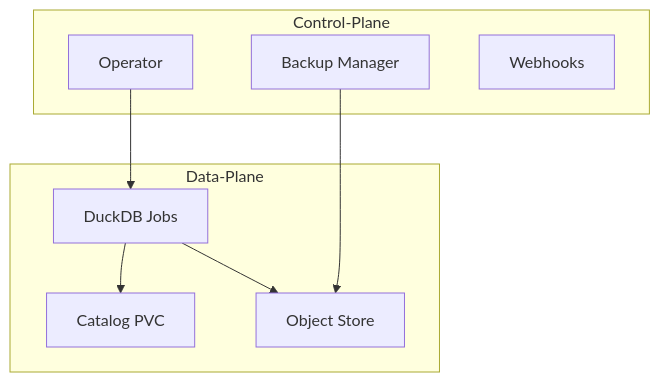
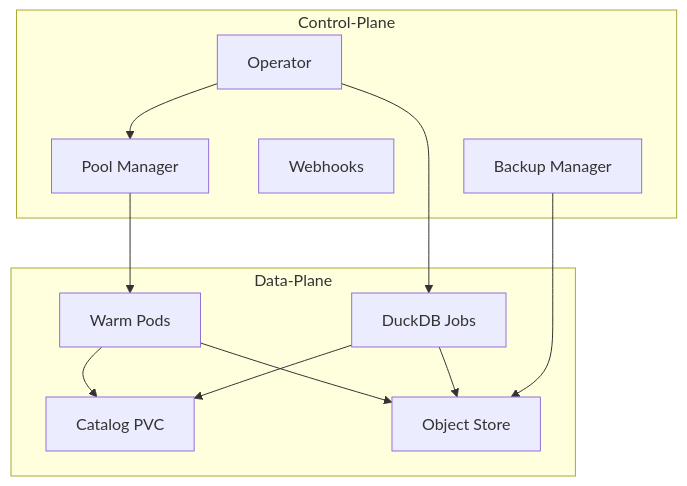
Before and after one commit to TFMV/featherman: the diagram in README.md, drawn with Mermaid. The commit also changed other lines of this file, not shown here.

Commit message:
Add warm pod pool documentation

````diff
--- a/README.md
+++ b/README.md
@@ -103,17 +104,23 @@
 ```mermaid
 graph TD
     subgraph Control-Plane
         OP[Operator]
         BM[Backup Manager]
         WH[Webhooks]
+        PM[Pool Manager]
     end
     subgraph Data-Plane
         JOB[DuckDB Jobs]
         PVC[Catalog PVC]
         S3[Object Store]
+        WP[Warm Pods]
     end
     OP --> JOB
+    OP --> PM
+    PM --> WP
     BM --> S3
     JOB --> PVC
     JOB --> S3
+    WP --> PVC
+    WP --> S3
 ```
````
